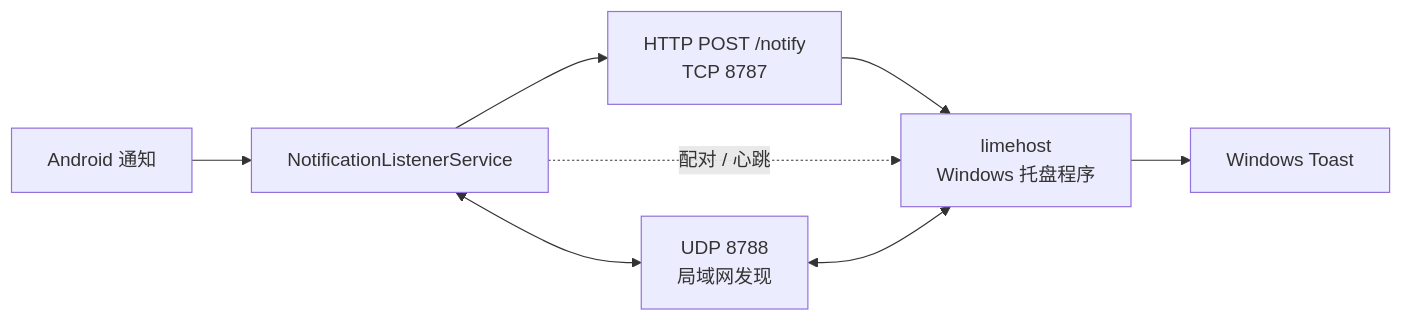
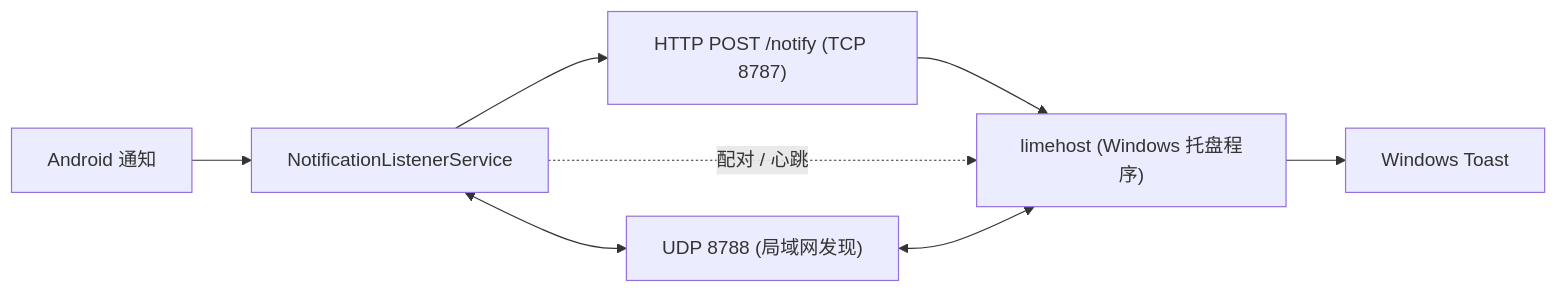
One commit to ai123lp456/LimeLink changed the diagram in README.md. Above: the diagram before and after it, drawn with Mermaid.

````diff
--- a/README.md
+++ b/README.md
@@ -27,10 +27,10 @@
 ```mermaid
 flowchart LR
     A["Android 通知"] --> B["NotificationListenerService"]
-    B --> C["HTTP POST /notify<br/>TCP 8787"]
-    C --> D["limehost<br/>Windows 托盘程序"]
+    B --> C["HTTP POST /notify (TCP 8787)"]
+    C --> D["limehost (Windows 托盘程序)"]
     D --> E["Windows Toast"]
     B -. "配对 / 心跳" .-> D
-    B <--> F["UDP 8788<br/>局域网发现"]
+    B <--> F["UDP 8788 (局域网发现)"]
     F <--> D
 ```
````
